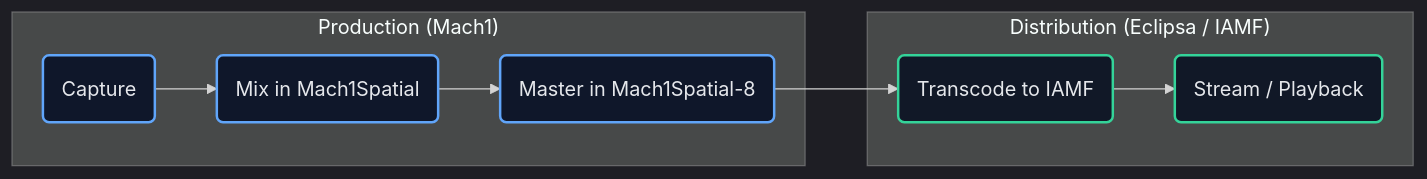
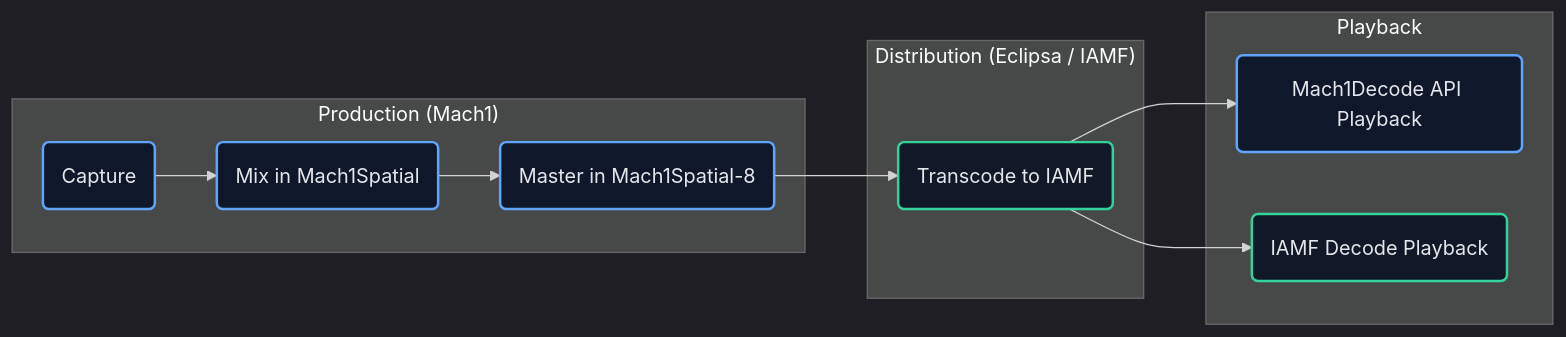
One commit to Mach1Studios/m1-research-blog changed the diagram in content/posts/Mach1-Spatial-and-Eclipsa-Audio-Open-Format-Interoperability.md. Above: the diagram before and after it, drawn with Mermaid. The commit also changed other lines of this file, not shown here.

Commit message:
edits for post

````diff
--- a/content/posts/Mach1-Spatial-and-Eclipsa-Audio-Open-Format-Interoperability.md
+++ b/content/posts/Mach1-Spatial-and-Eclipsa-Audio-Open-Format-Interoperability.md
@@ -84,21 +82,27 @@
 ```mermaid
 %%{init: {'theme': 'dark', 'flowchart': {'curve': 'basis'}} }%%
 flowchart LR
   subgraph Prod["Production (Mach1)"]
     A(Capture)
     B(Mix in Mach1Spatial)
     C(Master in Mach1Spatial-8)
     A --> B --> C
   end
 
   subgraph Dist["Distribution (Eclipsa / IAMF)"]
     D(Transcode to IAMF)
-    E(Stream / Playback)
-    C --> D --> E
+    C --> D
+  end
+
+  subgraph Playback["Playback"]
+    E(Mach1Decode API Playback)
+    F(IAMF Decode Playback)
+    D --> E
+    D --> F
   end
 
   classDef m1 fill:#0f172a,stroke:#60a5fa,stroke-width:2px,color:#e5e7eb;
   classDef iamf fill:#111827,stroke:#34d399,stroke-width:2px,color:#e5e7eb;
-  class A,B,C m1;
-  class D,E iamf;
+  class A,B,C,E m1;
+  class D,F iamf;
   ```
````
